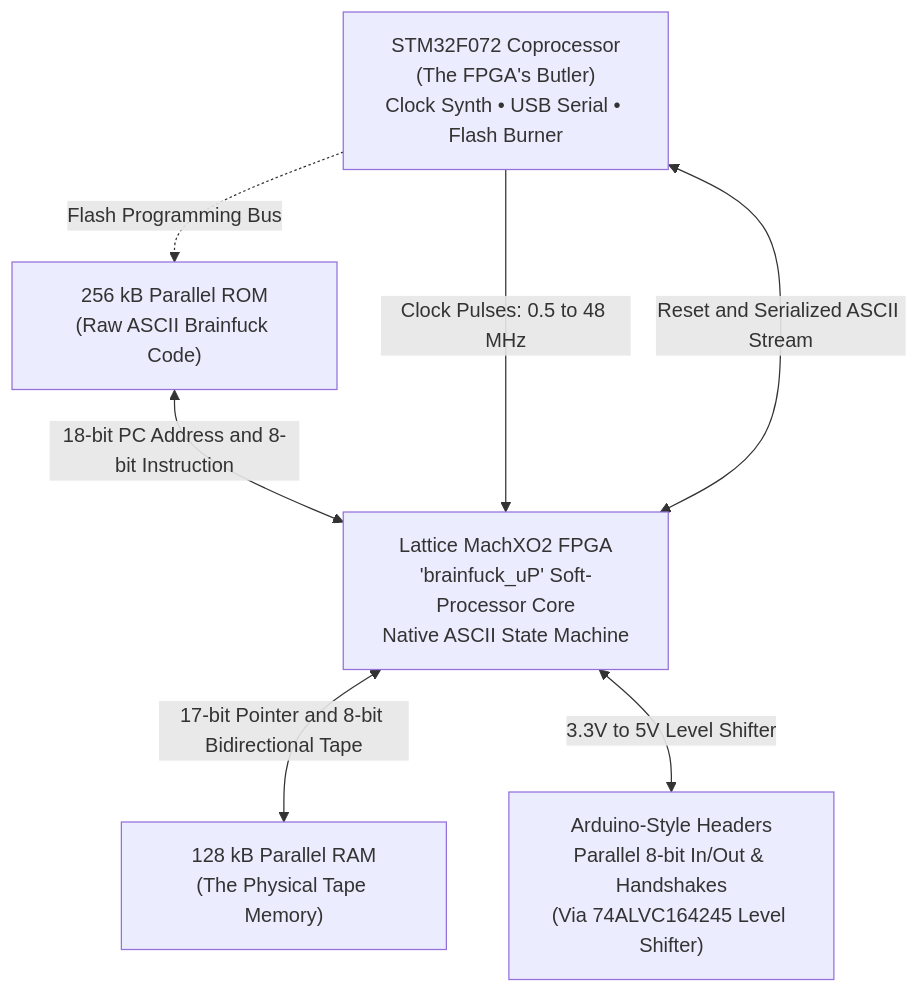
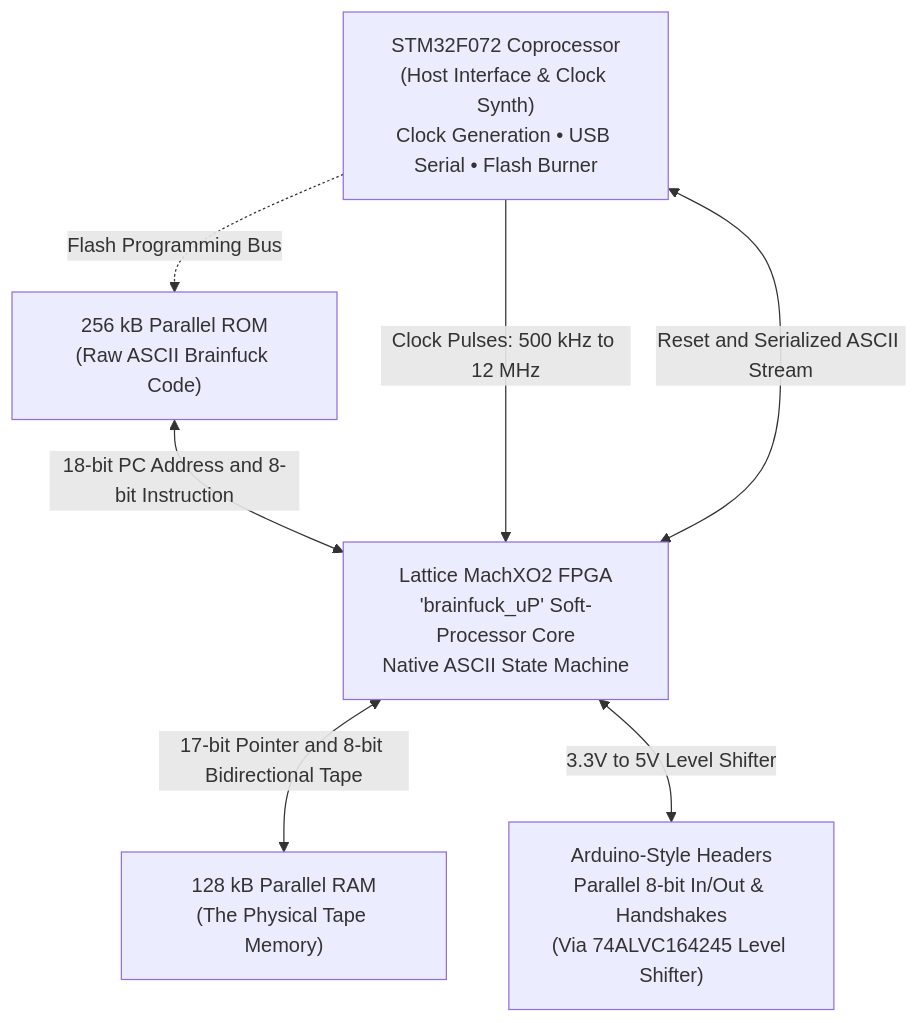
The diagram in documentation/docs/index.md (m-archibald/Brainfuino), drawn with Mermaid before and after one commit. The commit also changed other lines of this file and 64 other files, not shown here.

````diff
--- a/documentation/docs/index.md
+++ b/documentation/docs/index.md
@@ -46,18 +38,18 @@
 ```mermaid
 flowchart TD
     ROM["256 kB Parallel ROM<br/>(Raw ASCII Brainfuck Code)"]
     RAM["128 kB Parallel RAM<br/>(The Physical Tape Memory)"]
     
     FPGA["Lattice MachXO2 FPGA<br/>'brainfuck_uP' Soft-Processor Core<br/>Native ASCII State Machine"]
 
-    STM32["STM32F072 Coprocessor<br/>(The FPGA's Butler)<br/>Clock Synth • USB Serial • Flash Burner"]
+    STM32["STM32F072 Coprocessor<br/>(Host Interface & Clock Synth)<br/>Clock Generation • USB Serial • Flash Burner"]
 
     SHIELD["Arduino-Style Headers<br/>Parallel 8-bit In/Out & Handshakes<br/>(Via 74ALVC164245 Level Shifter)"]
 
     ROM <-->|18-bit PC Address and 8-bit Instruction| FPGA
     FPGA <-->|17-bit Pointer and 8-bit Bidirectional Tape| RAM
-    STM32 -->|Clock Pulses: 0.5 to 48 MHz| FPGA
+    STM32 -->|Clock Pulses: 500 kHz to 12 MHz| FPGA
     STM32 <-->|Reset and Serialized ASCII Stream| FPGA
     STM32 -.->|Flash Programming Bus| ROM
     FPGA <-->|3.3V to 5V Level Shifter| SHIELD
 ```
````
